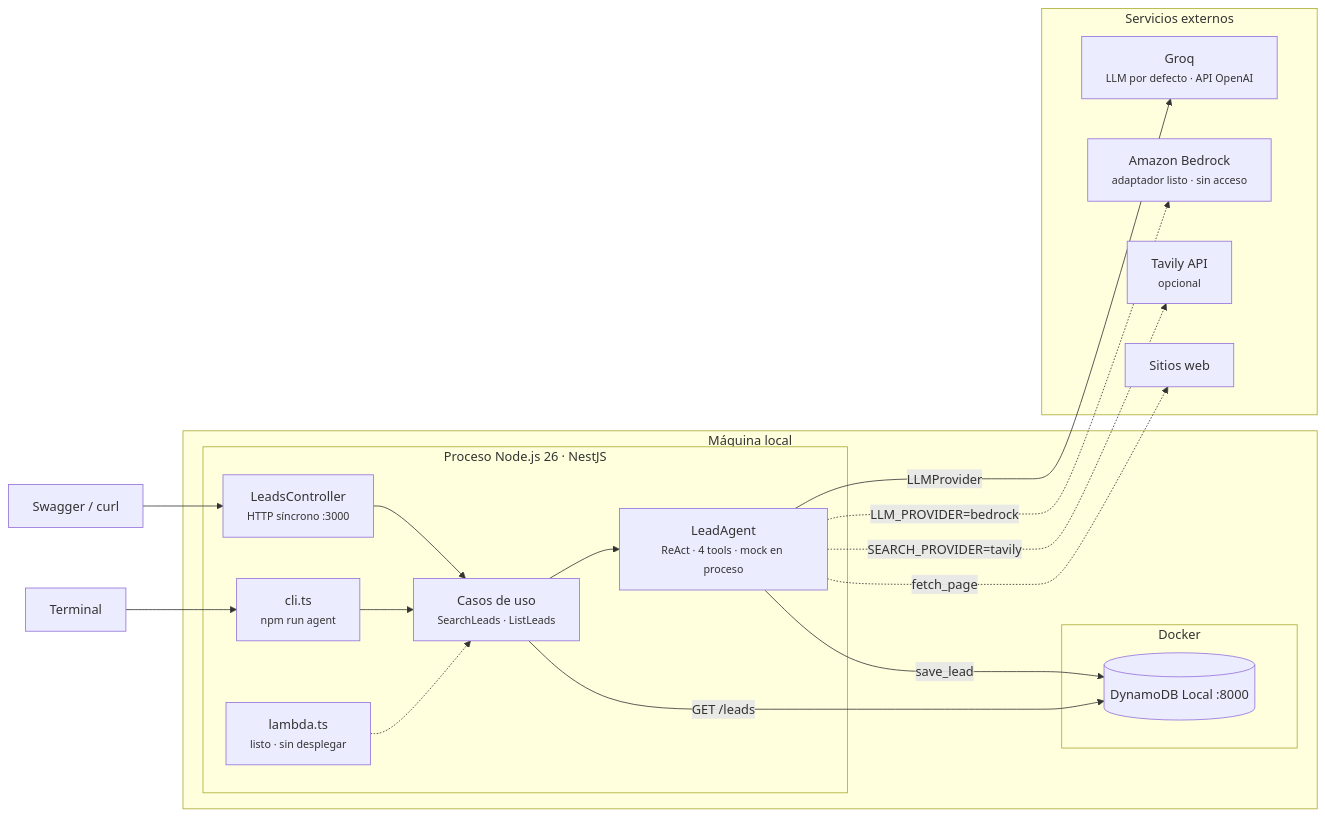
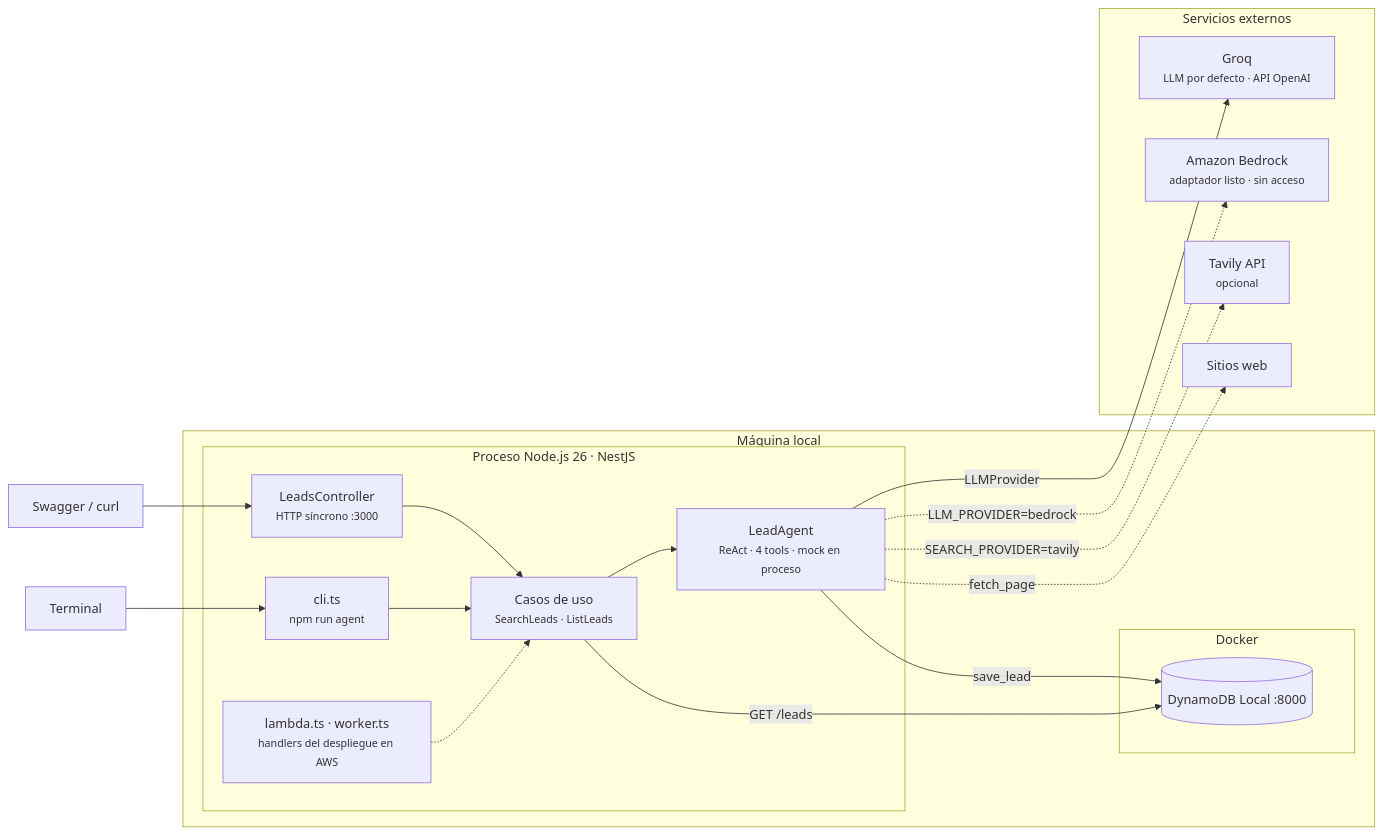
One commit to eduardoalvarado/lead-agent-tool changed the diagram in docs/diagrams/architecture-poc.mmd. Above: the diagram before and after it, drawn with Mermaid. The commit also changed 7 other files, not shown here.

Commit message:
docs: README, diagramas y portada reflejan el despliegue en AWS (Cognito, OpenRouter, worker SQS)

```diff
--- a/docs/diagrams/architecture-poc.mmd
+++ b/docs/diagrams/architecture-poc.mmd
@@ -1,35 +1,35 @@
-%% Lead Agent — PoC IMPLEMENTADA (lo que existe hoy y corre en local)
+%% Lead Agent — ejecución LOCAL (modo síncrono; la misma base de código corre en AWS)
 flowchart LR
   swagger["Swagger / curl"]
   terminal["Terminal"]
 
   subgraph local["Máquina local"]
     subgraph node["Proceso Node.js 26 · NestJS"]
       controller["LeadsController<br/><small>HTTP síncrono :3000</small>"]
       cli["cli.ts<br/><small>npm run agent</small>"]
-      lambdah["lambda.ts<br/><small>listo · sin desplegar</small>"]
+      lambdah["lambda.ts · worker.ts<br/><small>handlers del despliegue en AWS</small>"]
       usecases["Casos de uso<br/><small>SearchLeads · ListLeads</small>"]
       agent["LeadAgent<br/><small>ReAct · 4 tools · mock en proceso</small>"]
     end
     subgraph docker["Docker"]
       dynamo[("DynamoDB Local :8000")]
     end
   end
 
   subgraph ext["Servicios externos"]
     groq["Groq<br/><small>LLM por defecto · API OpenAI</small>"]
     bedrock["Amazon Bedrock<br/><small>adaptador listo · sin acceso</small>"]
     tavily["Tavily API<br/><small>opcional</small>"]
     web["Sitios web"]
   end
 
   swagger --> controller --> usecases
   terminal --> cli --> usecases
   lambdah -.-> usecases
   usecases --> agent
   agent -- LLMProvider --> groq
   agent -. "LLM_PROVIDER=bedrock" .-> bedrock
   agent -. "SEARCH_PROVIDER=tavily" .-> tavily
   agent -. fetch_page .-> web
   agent -- save_lead --> dynamo
   usecases -- "GET /leads" --> dynamo
```
